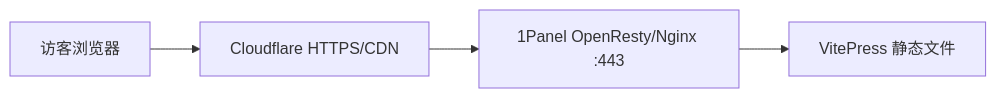
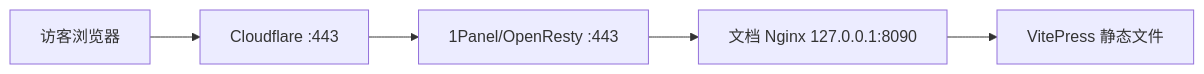
The diagram in docs-site/guide/docs-site-1panel-cloudflare.md (tellmevx-cell/mini-admin), drawn with Mermaid before and after one commit. The commit also changed other lines of this file and 2 other files, not shown here.

````diff
--- a/docs-site/guide/docs-site-1panel-cloudflare.md
+++ b/docs-site/guide/docs-site-1panel-cloudflare.md
@@ -7,6 +7,7 @@
 ```mermaid
 flowchart LR
-    U["访客浏览器"] --> C["Cloudflare HTTPS/CDN"]
-    C --> N["1Panel OpenResty/Nginx :443"]
+    U["访客浏览器"] --> C["Cloudflare :443"]
+    C --> P["1Panel/OpenResty :443"]
+    P --> N["文档 Nginx 127.0.0.1:8090"]
     N --> F["VitePress 静态文件"]
 ```
````
